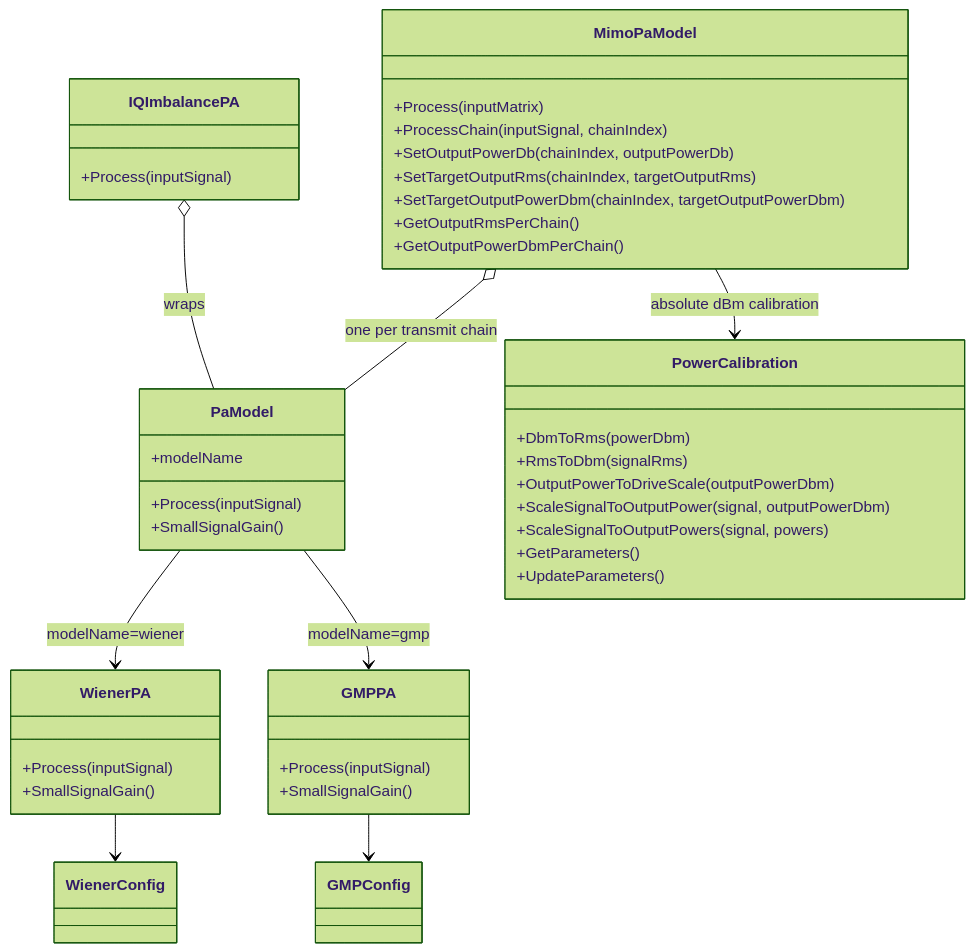
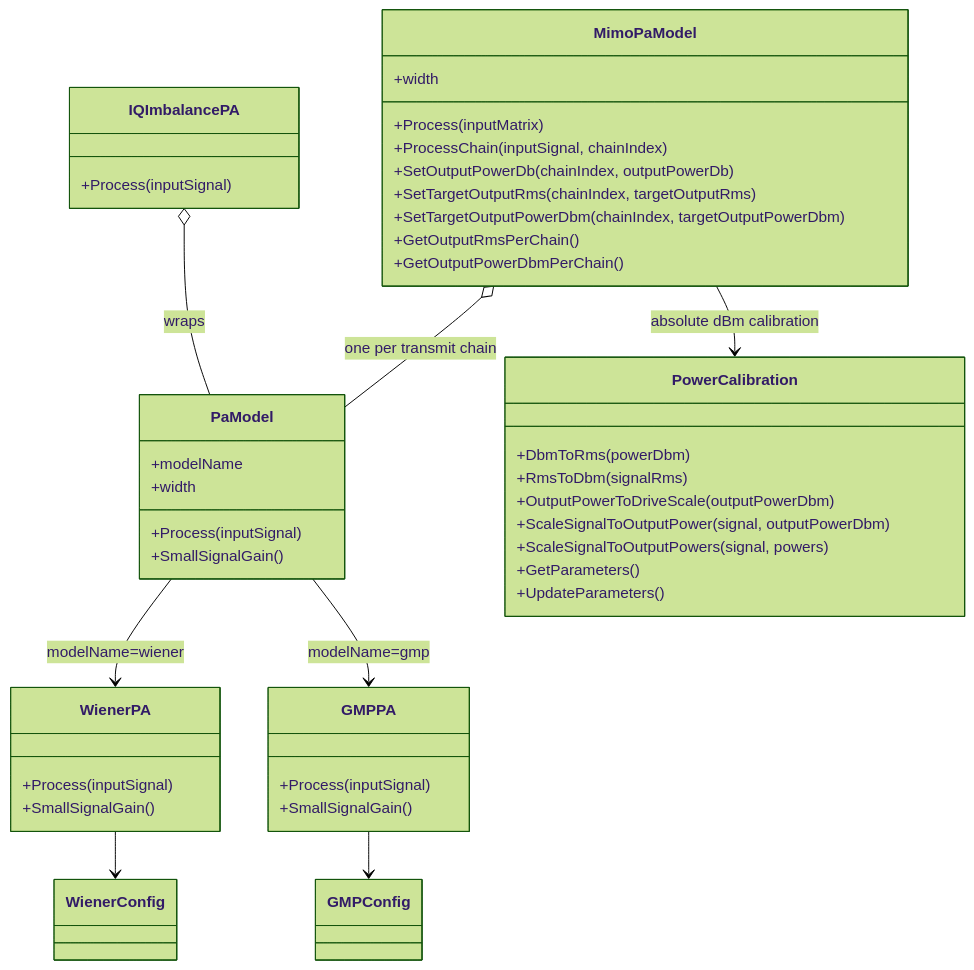
One commit to niyilu45/DPD_ILC changed the sixth of 6 diagrams in doc/PaModel.md. Above: the diagram before and after it, drawn with Mermaid (forest theme). The commit also changed other lines of this file and 15 other files, not shown here.

````diff
--- a/doc/PaModel.md
+++ b/doc/PaModel.md
@@ -682,46 +682,48 @@
 ```mermaid
 classDiagram
     class PaModel {
         +modelName
+        +width
         +Process(inputSignal)
         +SmallSignalGain()
     }
     class PowerCalibration {
         +DbmToRms(powerDbm)
         +RmsToDbm(signalRms)
         +OutputPowerToDriveScale(outputPowerDbm)
         +ScaleSignalToOutputPower(signal, outputPowerDbm)
         +ScaleSignalToOutputPowers(signal, powers)
         +GetParameters()
         +UpdateParameters()
     }
     class WienerConfig
     class WienerPA {
         +Process(inputSignal)
         +SmallSignalGain()
     }
     class GMPConfig
     class GMPPA {
         +Process(inputSignal)
         +SmallSignalGain()
     }
     class IQImbalancePA {
         +Process(inputSignal)
     }
     class MimoPaModel {
+        +width
         +Process(inputMatrix)
         +ProcessChain(inputSignal, chainIndex)
         +SetOutputPowerDb(chainIndex, outputPowerDb)
         +SetTargetOutputRms(chainIndex, targetOutputRms)
         +SetTargetOutputPowerDbm(chainIndex, targetOutputPowerDbm)
         +GetOutputRmsPerChain()
         +GetOutputPowerDbmPerChain()
     }
     MimoPaModel o-- PaModel : one per transmit chain
     MimoPaModel --> PowerCalibration : absolute dBm calibration
     PaModel --> WienerPA : modelName=wiener
     PaModel --> GMPPA : modelName=gmp
     WienerPA --> WienerConfig
     GMPPA --> GMPConfig
     IQImbalancePA o-- PaModel : wraps
 ```
````
